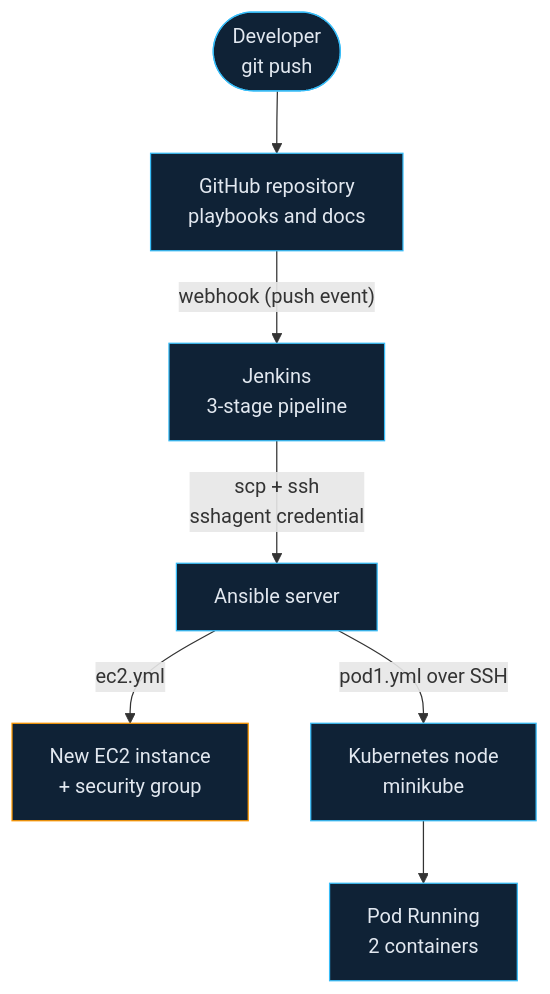
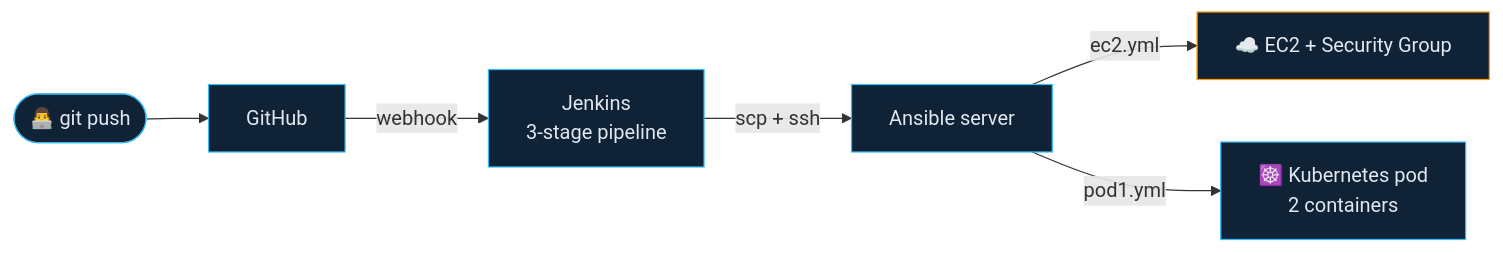
The first of 3 diagrams in README.md (PushpenderKumar7505/PushpenderKumar7505), drawn with Mermaid before and after one commit. The commit also changed other lines of this file, not shown here.

````diff
--- a/README.md
+++ b/README.md
@@ -100,13 +99,12 @@
 ```mermaid
-flowchart TD
-    DEV(["Developer<br/>git push"]) --> GH["GitHub repository<br/>playbooks and docs"]
-    GH -->|"webhook (push event)"| JEN["Jenkins<br/>3-stage pipeline"]
-    JEN -->|"scp + ssh<br/>sshagent credential"| ANS["Ansible server"]
-    ANS -->|"ec2.yml"| EC2["New EC2 instance<br/>+ security group"]
-    ANS -->|"pod1.yml over SSH"| K8S["Kubernetes node<br/>minikube"]
-    K8S --> POD["Pod Running<br/>2 containers"]
+flowchart LR
+    DEV(["👨‍💻 git push"]) --> GH["GitHub"]
+    GH -->|webhook| JEN["Jenkins<br/>3-stage pipeline"]
+    JEN -->|"scp + ssh"| ANS["Ansible server"]
+    ANS -->|"ec2.yml"| EC2["☁️ EC2 + Security Group"]
+    ANS -->|"pod1.yml"| K8S["☸️ Kubernetes pod<br/>2 containers"]
 
     classDef default fill:#0f2236,stroke:#38bdf8,color:#e2e8f0
     classDef aws fill:#0f2236,stroke:#ff9900,color:#e2e8f0
     class EC2 aws
 ```
````
